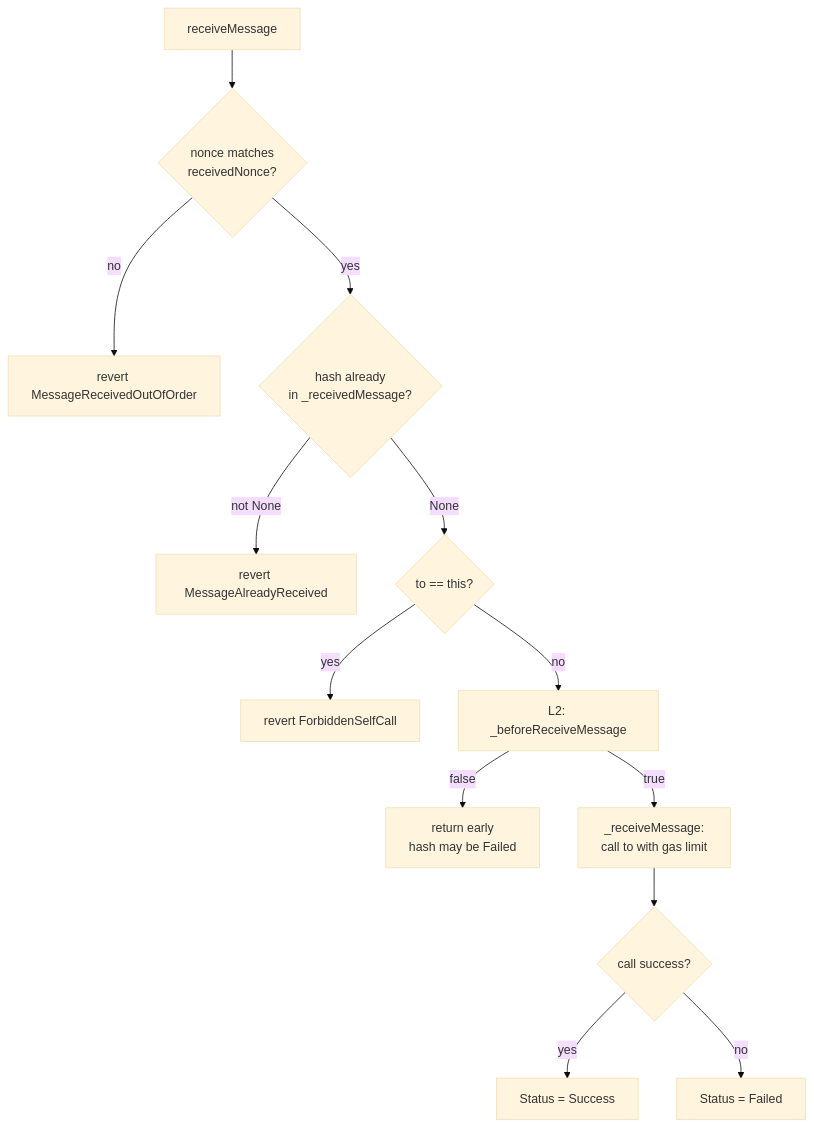
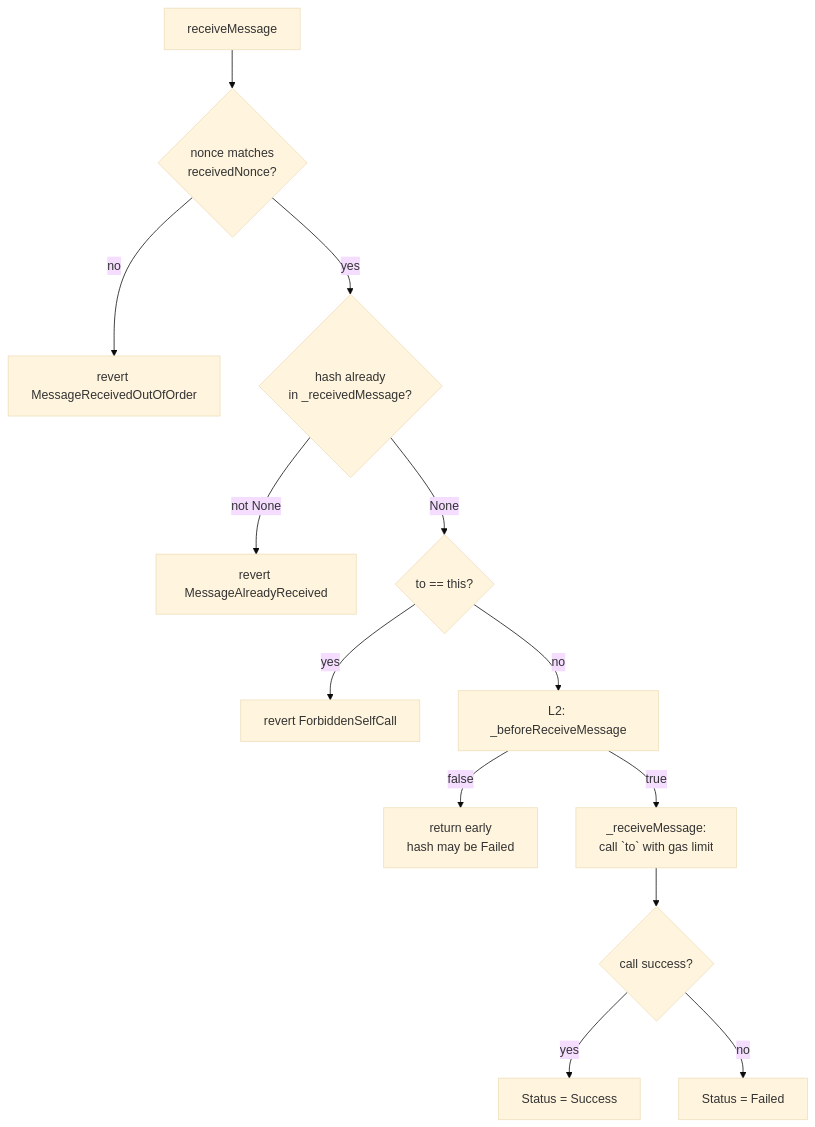
Before and after one commit to fluentlabs-xyz/solidity-contracts: the second of 6 diagrams in docs/BridgeFailuresAndRollback.md, drawn with Mermaid (base theme). The commit also changed other lines of this file and 8 other files, not shown here.

````diff
--- a/docs/BridgeFailuresAndRollback.md
+++ b/docs/BridgeFailuresAndRollback.md
@@ -47,15 +47,15 @@
 ```mermaid
 flowchart TD
     A[receiveMessage] --> B{nonce matches<br/>receivedNonce?}
     B -->|no| X[revert MessageReceivedOutOfOrder]
     B -->|yes| C{hash already<br/>in _receivedMessage?}
     C -->|not None| Y[revert MessageAlreadyReceived]
     C -->|None| D{to == this?}
     D -->|yes| Z[revert ForbiddenSelfCall]
     D -->|no| E[L2: _beforeReceiveMessage]
     E -->|false| F[return early<br/>hash may be Failed]
-    E -->|true| G[_receiveMessage:<br/>call to with gas limit]
+    E -->|true| G[_receiveMessage:<br/>call `to` with gas limit]
     G --> H{call success?}
     H -->|yes| I[Status = Success]
     H -->|no| J[Status = Failed]
 ```
````
